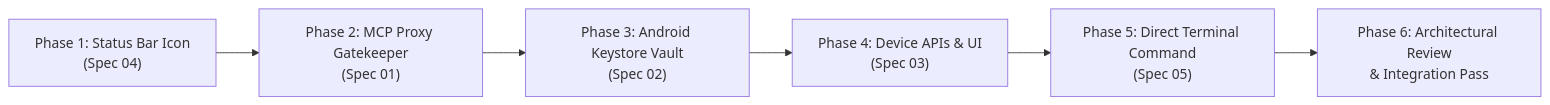
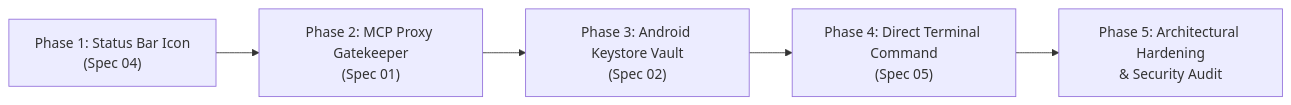
The second of 2 diagrams in specs/v1.9.0/OVERVIEW_AND_IMPLEMENTATION_GUIDE.md (MisterMoeGreen/Antigravity-Studio-App), drawn with Mermaid before and after one commit. The commit also changed other lines of this file and 6 other files, not shown here.

Commit message:
fix(security, proxy): unify keystore vault, stream proxy responses, and harden terminal mode per Argon audit

````diff
--- a/specs/v1.9.0/OVERVIEW_AND_IMPLEMENTATION_GUIDE.md
+++ b/specs/v1.9.0/OVERVIEW_AND_IMPLEMENTATION_GUIDE.md
@@ -161,8 +149,7 @@
 ```mermaid
 flowchart LR
     G1["Phase 1: Status Bar Icon\n(Spec 04)"] --> G2["Phase 2: MCP Proxy Gatekeeper\n(Spec 01)"]
     G2 --> G3["Phase 3: Android Keystore Vault\n(Spec 02)"]
-    G3 --> G4["Phase 4: Device APIs & UI\n(Spec 03)"]
-    G4 --> G5["Phase 5: Direct Terminal Command\n(Spec 05)"]
-    G5 --> G6["Phase 6: Architectural Review\n& Integration Pass"]
+    G3 --> G4["Phase 4: Direct Terminal Command\n(Spec 05)"]
+    G4 --> G5["Phase 5: Architectural Hardening\n& Security Audit"]
 ```
````
